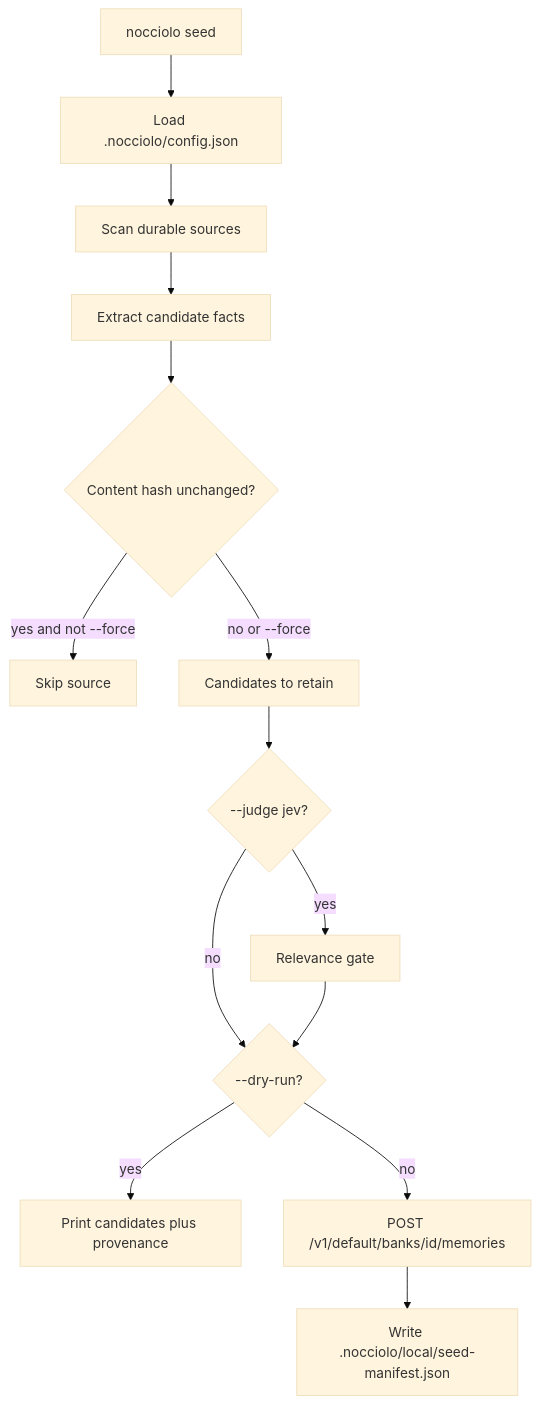
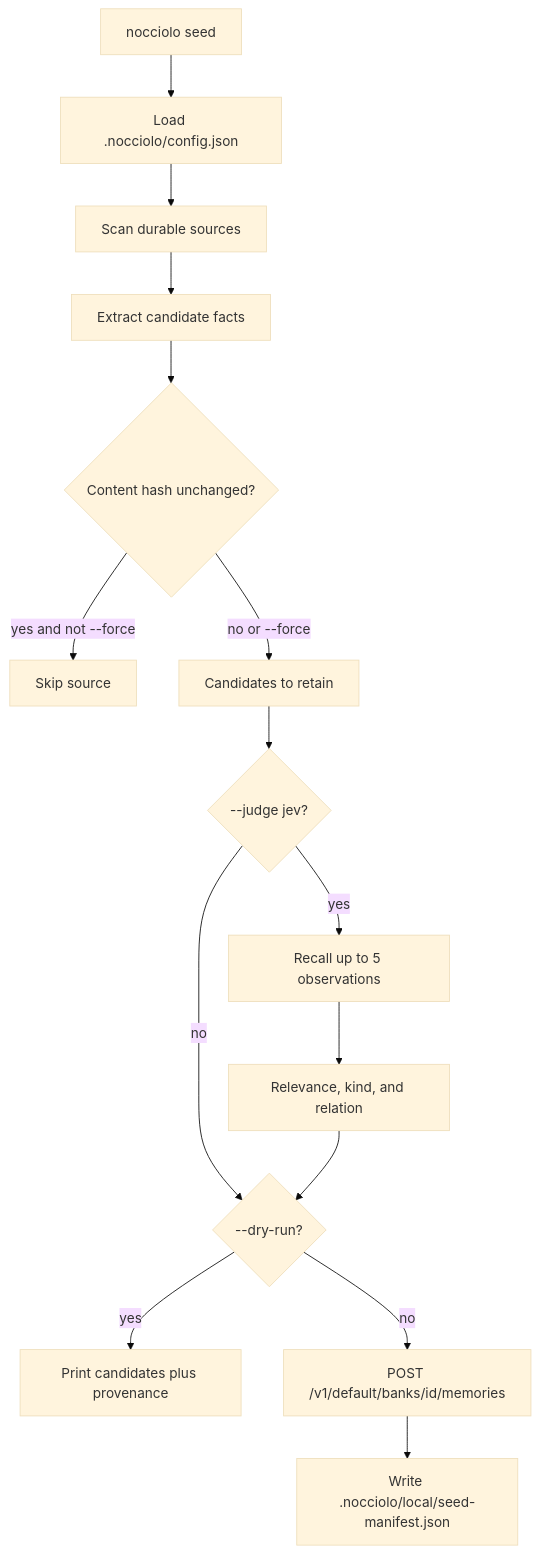
Before and after one commit to zanuka/nocciolo: the second of 2 diagrams in docs/cli-architecture.md, drawn with Mermaid (base theme). The commit also changed other lines of this file and 27 other files, not shown here.

````diff
--- a/docs/cli-architecture.md
+++ b/docs/cli-architecture.md
@@ -77,16 +77,17 @@
 ```mermaid
 flowchart TD
   start[nocciolo seed] --> loadCfg[Load .nocciolo/config.json]
   loadCfg --> findSources[Scan durable sources]
   findSources --> extract[Extract candidate facts]
   extract --> hashCheck{Content hash unchanged?}
   hashCheck -->|yes and not --force| skip[Skip source]
   hashCheck -->|no or --force| candidates[Candidates to retain]
   candidates --> judge{--judge jev?}
   judge -->|no| dry{--dry-run?}
-  judge -->|yes| relevance[Relevance gate]
+  judge -->|yes| recallObs[Recall up to 5 observations]
+  recallObs --> relevance[Relevance, kind, and relation]
   relevance --> dry
   dry -->|yes| preview[Print candidates plus provenance]
   dry -->|no| retain[POST /v1/default/banks/id/memories]
   retain --> manifest[Write .nocciolo/local/seed-manifest.json]
 ```
````
